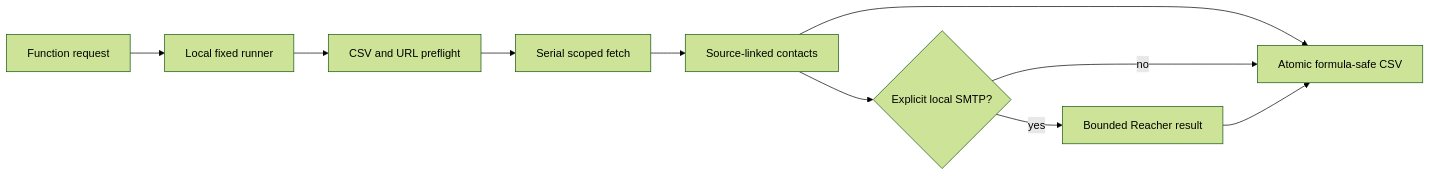
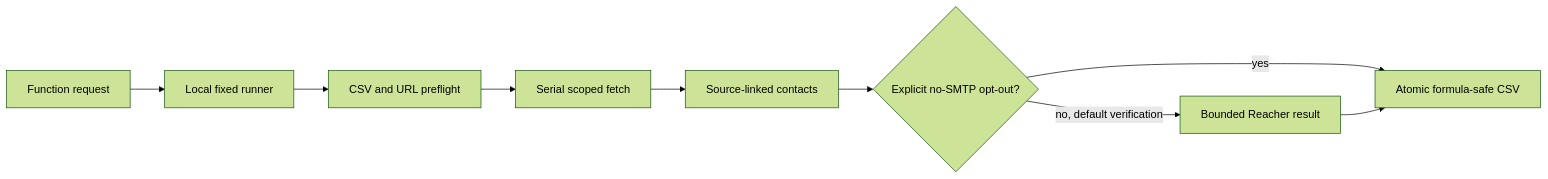
The diagram in README.md (GopalGB/FridayOutreach), drawn with Mermaid (forest theme) before and after one commit. The commit also changed other lines of this file and 13 other files, not shown here.

````diff
--- a/README.md
+++ b/README.md
@@ -100,12 +102,12 @@
 ```mermaid
 flowchart LR
   A[Function request] --> B[Local fixed runner]
   B --> C[CSV and URL preflight]
   C --> D[Serial scoped fetch]
   D --> E[Source-linked contacts]
-  E --> F[Atomic formula-safe CSV]
-  E --> G{Explicit local SMTP?}
-  G -->|yes| H[Bounded Reacher result]
-  G -->|no| F
+  F[Atomic formula-safe CSV]
+  E --> G{Explicit no-SMTP opt-out?}
+  G -->|no, default verification| H[Bounded Reacher result]
+  G -->|yes| F
   H --> F
 ```
````
